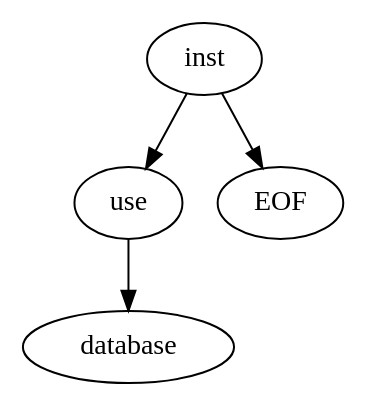
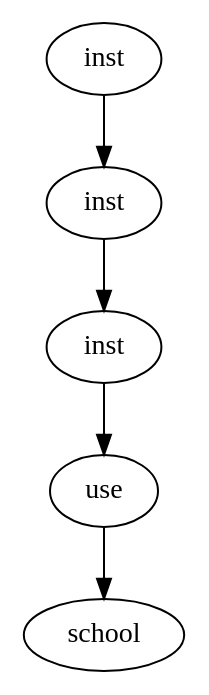
Before and after one commit to Diego180499/PROYECTO-OLC2-XSQL: the diagram in Compi2Python/ast.dot, drawn with Graphviz. The commit also changed 115 other files, not shown here.

```diff
--- a/Compi2Python/ast.dot
+++ b/Compi2Python/ast.dot
@@ -1,9 +1,11 @@
 digraph AST{
 node0 [label="inst" shape="oval", color="black"];
-node1 [label="use" shape="oval", color="black"];
-node2 [label="database" shape="oval", color="black"];
-node3 [label="EOF" shape="oval", color="black"];
+node1 [label="inst" shape="oval", color="black"];
+node2 [label="inst" shape="oval", color="black"];
+node3 [label="use" shape="oval", color="black"];
+node4 [label="school" shape="oval", color="black"];
 node0 -> node1;
 node1 -> node2;
-node0 -> node3;
+node2 -> node3;
+node3 -> node4;
 }
```
